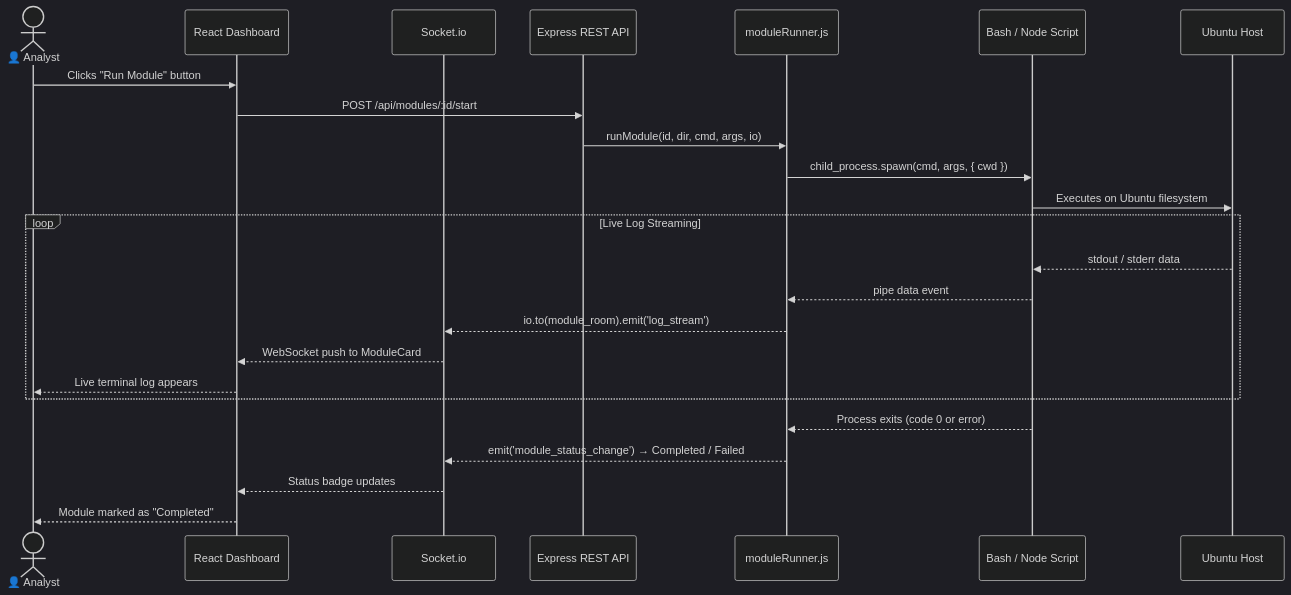
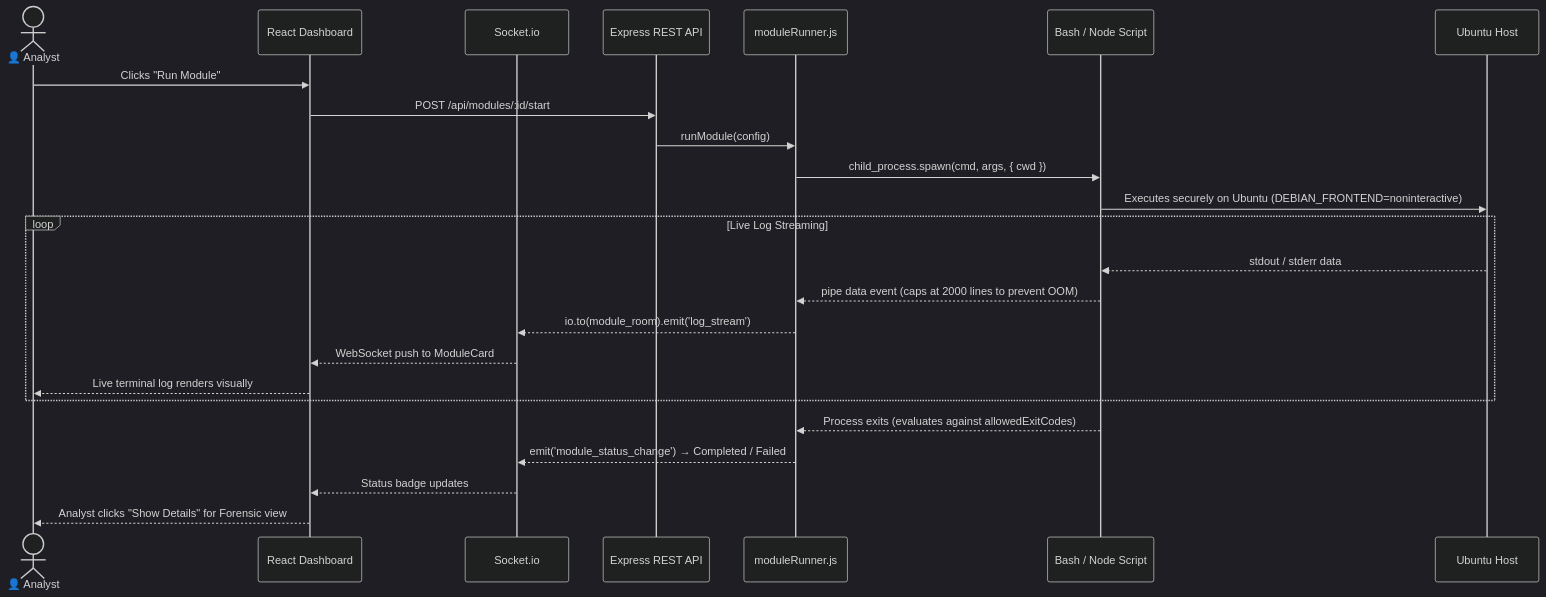
The second of 5 diagrams in WORKFLOW.md (nextgensoumen/soc-pulse), drawn with Mermaid (dark theme) before and after one commit. The commit also changed other lines of this file, not shown here.

Commit message:
docs: update WORKFLOW.md mermaid diagrams to reflect final production architecture including 7 CVEs, audit.js, and 3-section details layouts

````diff
--- a/WORKFLOW.md
+++ b/WORKFLOW.md
@@ -82,29 +75,29 @@
 ```mermaid
 sequenceDiagram
     actor Analyst as 👤 Analyst
     participant UI as React Dashboard
     participant WS as Socket.io
     participant API as Express REST API
     participant Runner as moduleRunner.js
     participant Script as Bash / Node Script
     participant OS as Ubuntu Host
 
-    Analyst->>UI: Clicks "Run Module" button
+    Analyst->>UI: Clicks "Run Module"
     UI->>API: POST /api/modules/:id/start
-    API->>Runner: runModule(id, dir, cmd, args, io)
+    API->>Runner: runModule(config)
     Runner->>Script: child_process.spawn(cmd, args, { cwd })
-    Script->>OS: Executes on Ubuntu filesystem
+    Script->>OS: Executes securely on Ubuntu (DEBIAN_FRONTEND=noninteractive)
 
     loop Live Log Streaming
         OS-->>Script: stdout / stderr data
-        Script-->>Runner: pipe data event
+        Script-->>Runner: pipe data event (caps at 2000 lines to prevent OOM)
         Runner-->>WS: io.to(module_room).emit('log_stream')
         WS-->>UI: WebSocket push to ModuleCard
-        UI-->>Analyst: Live terminal log appears
+        UI-->>Analyst: Live terminal log renders visually
     end
 
-    Script-->>Runner: Process exits (code 0 or error)
+    Script-->>Runner: Process exits (evaluates against allowedExitCodes)
     Runner-->>WS: emit('module_status_change') → Completed / Failed
     WS-->>UI: Status badge updates
-    UI-->>Analyst: Module marked as "Completed"
+    UI-->>Analyst: Analyst clicks "Show Details" for Forensic view
 ```
````
